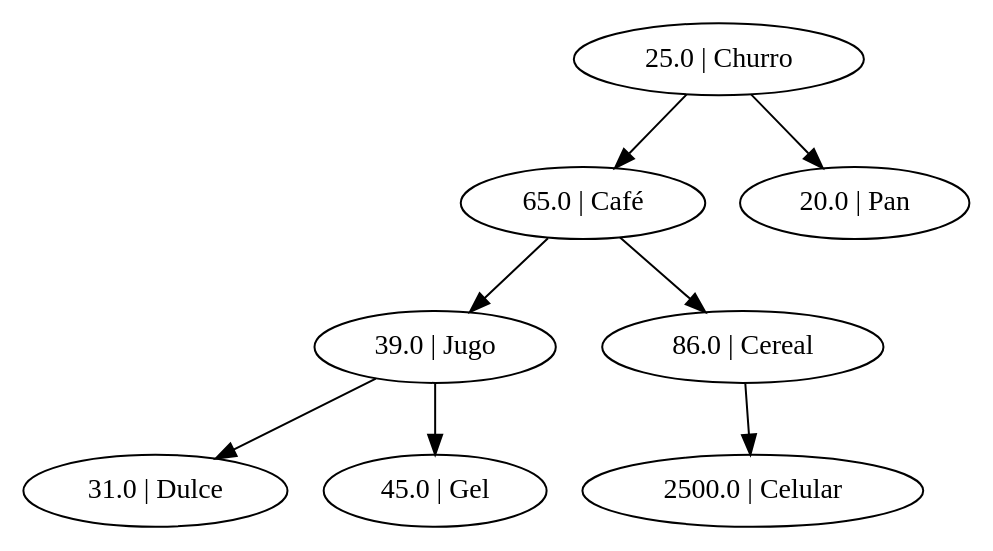
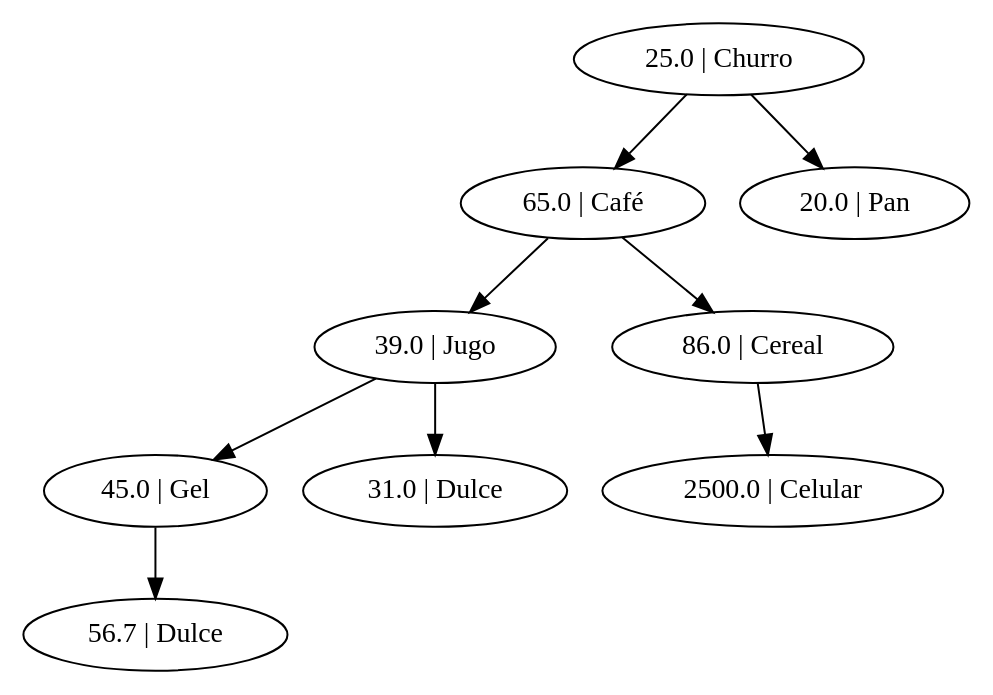
Before and after one commit to BryanBlacks/Algoritmos-y-Estructuras-de-Datos: the diagram in Unidad I/PAC III 2019/Proyecto 1/Python/Memoria/test.dot, drawn with Graphviz. The commit also changed 6 other files, not shown here.

```diff
--- a/Unidad I/PAC III 2019/Proyecto 1/Python/Memoria/test.dot
+++ b/Unidad I/PAC III 2019/Proyecto 1/Python/Memoria/test.dot
@@ -1,9 +1,10 @@
 strict digraph  {
+	"65.0 | Café" -> "39.0 | Jugo";
+	"65.0 | Café" -> "86.0 | Cereal";
 	"25.0 | Churro" -> "65.0 | Café";
 	"25.0 | Churro" -> "20.0 | Pan";
+	"39.0 | Jugo" -> "45.0 | Gel";
 	"39.0 | Jugo" -> "31.0 | Dulce";
-	"39.0 | Jugo" -> "45.0 | Gel";
 	"86.0 | Cereal" -> "2500.0 | Celular";
-	"65.0 | Café" -> "39.0 | Jugo";
-	"65.0 | Café" -> "86.0 | Cereal";
+	"45.0 | Gel" -> "56.7 | Dulce";
 }
```
